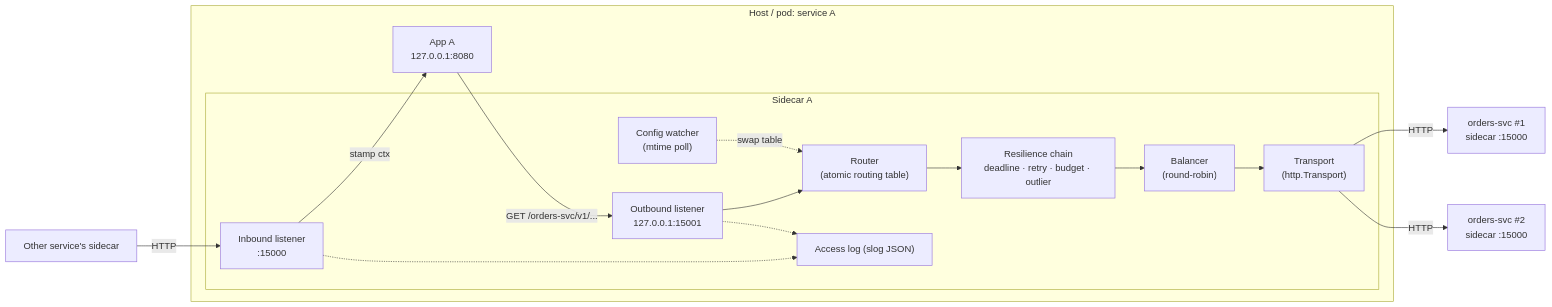
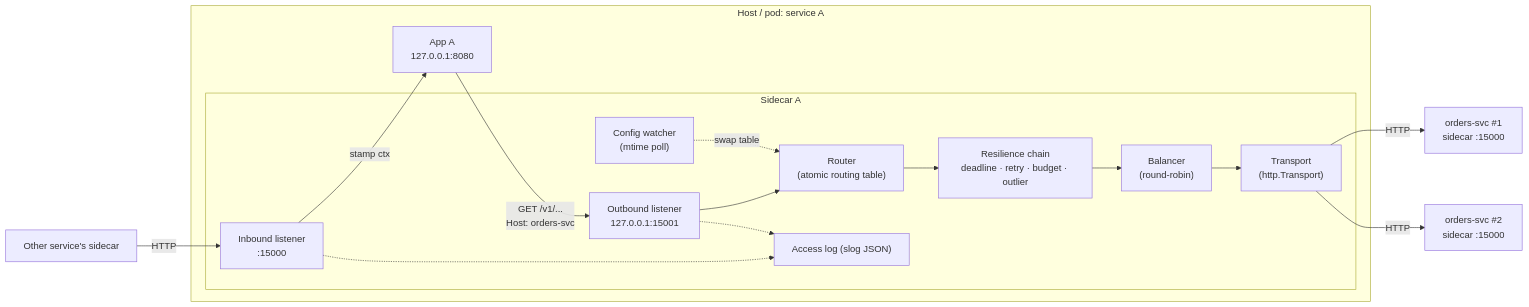
One commit to maciejpvp/Sidecar changed the first of 3 diagrams in docs/DESIGN.md. Above: the diagram before and after it, drawn with Mermaid. The commit also changed other lines of this file and 11 other files, not shown here.

````diff
--- a/docs/DESIGN.md
+++ b/docs/DESIGN.md
@@ -49,26 +50,26 @@
 ```mermaid
 flowchart LR
     subgraph PodA["Host / pod: service A"]
         AppA["App A<br/>127.0.0.1:8080"]
         subgraph SidecarA["Sidecar A"]
             IN["Inbound listener<br/>:15000"]
             OUT["Outbound listener<br/>127.0.0.1:15001"]
             RT["Router<br/>(atomic routing table)"]
             LB["Balancer<br/>(round-robin)"]
             RES["Resilience chain<br/>deadline · retry · budget · outlier"]
             TR["Transport<br/>(http.Transport)"]
             CW["Config watcher<br/>(mtime poll)"]
             LOG["Access log (slog JSON)"]
         end
     end
 
     Caller["Other service's sidecar"] -->|HTTP| IN
     IN -->|stamp ctx| AppA
-    AppA -->|"GET /orders-svc/v1/..."| OUT
+    AppA -->|"GET /v1/...<br/>Host: orders-svc"| OUT
     OUT --> RT --> RES --> LB --> TR
     TR -->|HTTP| B1["orders-svc #1<br/>sidecar :15000"]
     TR -->|HTTP| B2["orders-svc #2<br/>sidecar :15000"]
     CW -.->|swap table| RT
     IN -.-> LOG
     OUT -.-> LOG
 ```
````
